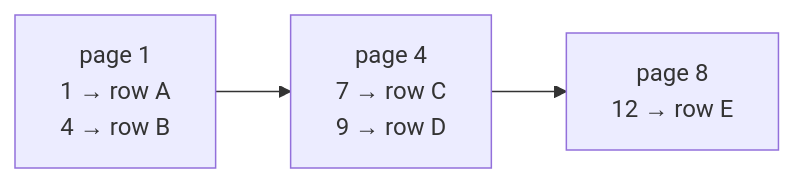
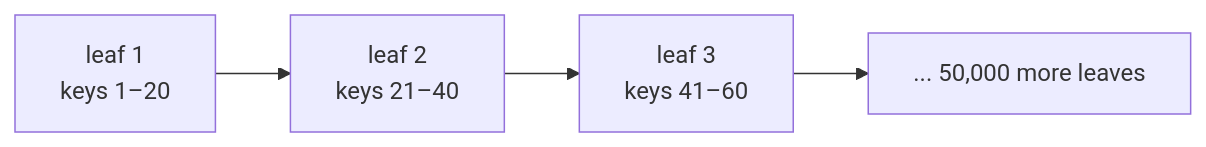
Before and after one commit to ubugeeei/learn-sqlite: the first of 7 diagrams in docs/04-btree.md, drawn with Mermaid. The commit also changed other lines of this file and 2 other files, not shown here.

````diff
--- a/docs/04-btree.md
+++ b/docs/04-btree.md
@@ -12,5 +11,6 @@
 ```mermaid
 flowchart LR
-  A["page 1<br/>1 → row A<br/>4 → row B"] --> B["page 4<br/>7 → row C<br/>9 → row D"]
-  B --> C["page 8<br/>12 → row E"]
+  A["leaf 1<br/>keys 1–20"] --> B["leaf 2<br/>keys 21–40"]
+  B --> C["leaf 3<br/>keys 41–60"]
+  C --> D["... 50,000 more leaves"]
 ```
````
